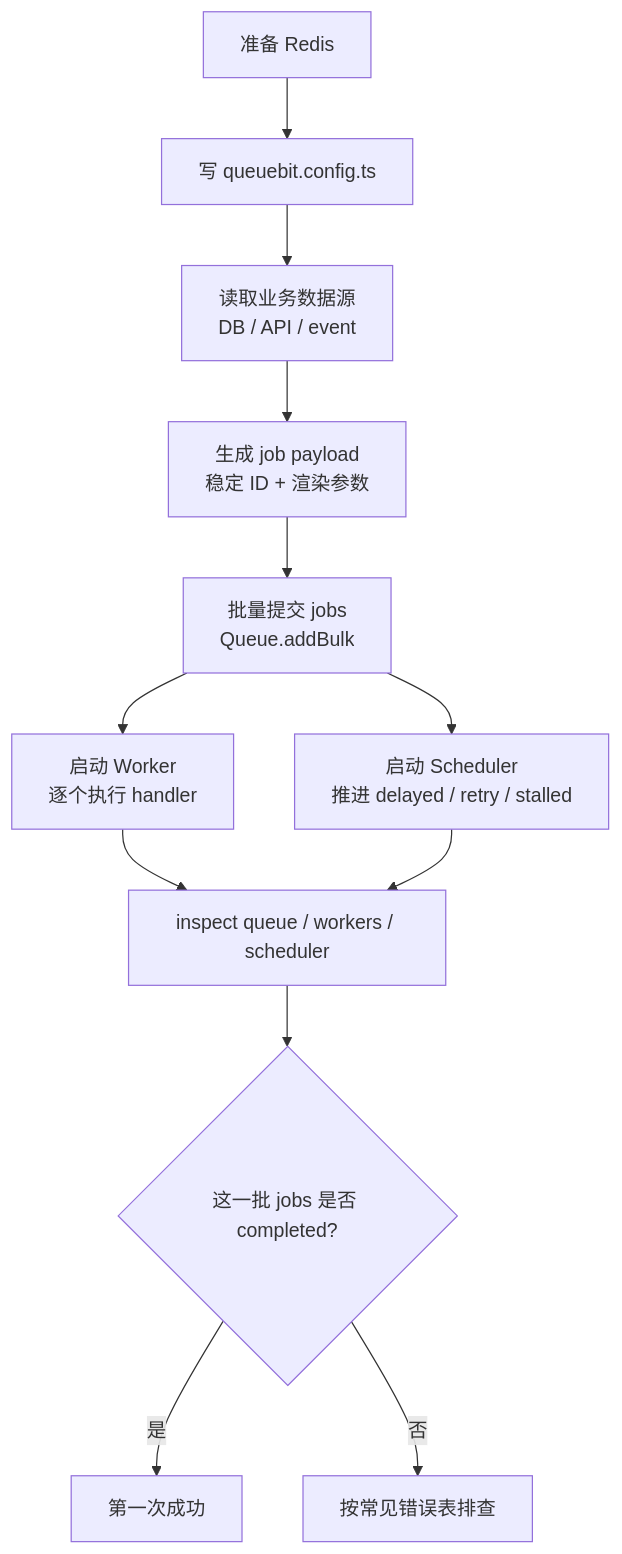
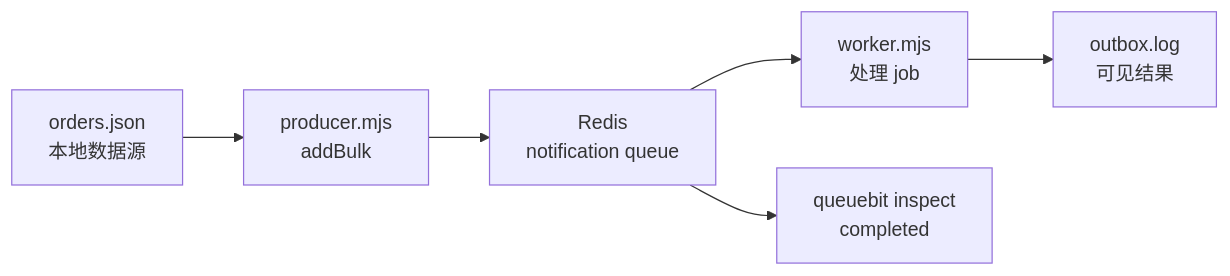
One commit to vextjs/queuebit changed the diagram in docs/zh/quick-start.md. Above: the diagram before and after it, drawn with Mermaid. The commit also changed other lines of this file and 169 other files, not shown here.

````diff
--- a/docs/zh/quick-start.md
+++ b/docs/zh/quick-start.md
@@ -25,14 +15,8 @@
 ```mermaid
-flowchart TD
-  Start["准备 Redis"] --> Config["写 queuebit.config.ts"]
-  Config --> Source["读取业务数据源<br/>DB / API / event"]
-  Source --> Payload["生成 job payload<br/>稳定 ID + 渲染参数"]
-  Payload --> Producer["批量提交 jobs<br/>Queue.addBulk"]
-  Producer --> Worker["启动 Worker<br/>逐个执行 handler"]
-  Producer --> Scheduler["启动 Scheduler<br/>推进 delayed / retry / stalled"]
-  Worker --> Inspect["inspect queue / workers / scheduler"]
-  Scheduler --> Inspect
-  Inspect --> Done{"这一批 jobs 是否 completed?"}
-  Done -- "是" --> Success["第一次成功"]
-  Done -- "否" --> Triage["按常见错误表排查"]
+flowchart LR
+  Source["orders.json<br/>本地数据源"] --> Producer["producer.mjs<br/>addBulk"]
+  Producer --> Redis["Redis<br/>notification queue"]
+  Redis --> Worker["worker.mjs<br/>处理 job"]
+  Worker --> Result["outbox.log<br/>可见结果"]
+  Redis --> Inspect["queuebit inspect<br/>completed"]
 ```
````
